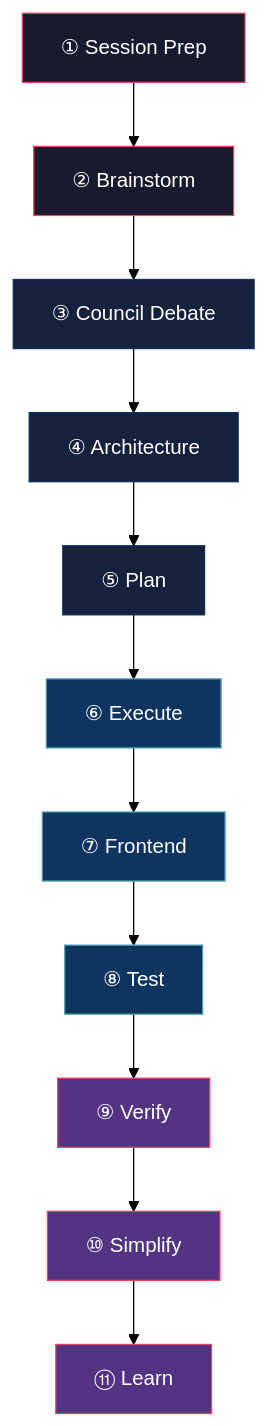
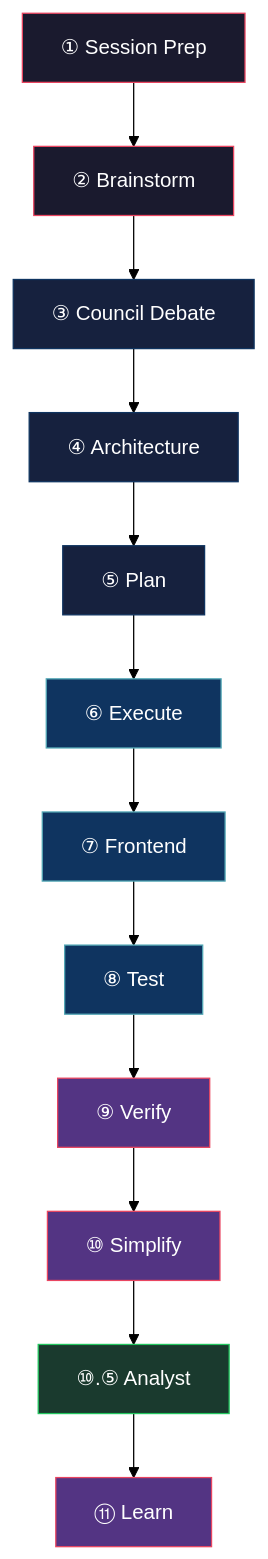
The diagram in README.md (blacklettertimeoff432/be-my-butler), drawn with Mermaid (forest theme) before and after one commit. The commit also changed other lines of this file and 13 other files, not shown here.

````diff
--- a/README.md
+++ b/README.md
@@ -66,25 +68,27 @@
 ```mermaid
 flowchart TD
     A["① Session Prep"] --> B["② Brainstorm"]
     B --> C["③ Council Debate"]
     C --> D["④ Architecture"]
     D --> E["⑤ Plan"]
     E --> F["⑥ Execute"]
     F --> G["⑦ Frontend"]
     G --> H["⑧ Test"]
     H --> I["⑨ Verify"]
     I --> J["⑩ Simplify"]
-    J --> K["⑪ Learn"]
+    J --> K["⑩.⑤ Analyst"]
+    K --> L["⑪ Learn"]
 
     style A fill:#1a1a2e,stroke:#e94560,color:#fff
     style B fill:#1a1a2e,stroke:#e94560,color:#fff
     style C fill:#16213e,stroke:#0f3460,color:#fff
     style D fill:#16213e,stroke:#0f3460,color:#fff
     style E fill:#16213e,stroke:#0f3460,color:#fff
     style F fill:#0f3460,stroke:#53a8b6,color:#fff
     style G fill:#0f3460,stroke:#53a8b6,color:#fff
     style H fill:#0f3460,stroke:#53a8b6,color:#fff
     style I fill:#533483,stroke:#e94560,color:#fff
     style J fill:#533483,stroke:#e94560,color:#fff
-    style K fill:#533483,stroke:#e94560,color:#fff
+    style K fill:#1a3a2e,stroke:#22c55e,color:#fff
+    style L fill:#533483,stroke:#e94560,color:#fff
 ```
````
